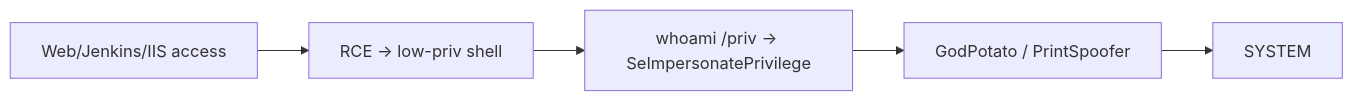
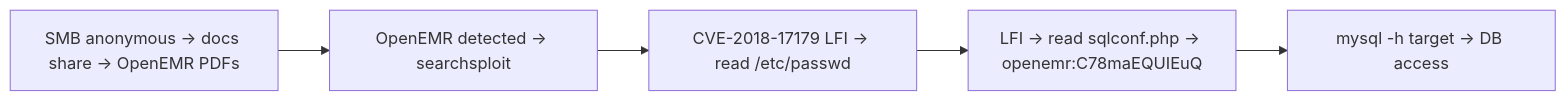
One commit to morimori-dev/morimori-dev.github.io changed the fourth of 7 diagrams in _posts/2026-03-06-tech-windows-privesc-summary.md. Above: the diagram before and after it, drawn with Mermaid. The commit also changed other lines of this file and 1 other file, not shown here.

````diff
--- a/_posts/2026-03-06-tech-windows-privesc-summary.md
+++ b/_posts/2026-03-06-tech-windows-privesc-summary.md
@@ -380,7 +145,7 @@
 ```mermaid
 flowchart LR
-    A[Web/Jenkins/IIS access] --> B[RCE → low-priv shell]
-    B --> C[whoami /priv → SeImpersonatePrivilege]
-    C --> D[GodPotato / PrintSpoofer]
-    D --> E[SYSTEM]
+    A[SMB anonymous → docs share → OpenEMR PDFs] --> B[OpenEMR detected → searchsploit]
+    B --> C[CVE-2018-17179 LFI → read /etc/passwd]
+    C --> D[LFI → read sqlconf.php → openemr:C78maEQUIEuQ]
+    D --> E[mysql -h target → DB access]
 ```
````
